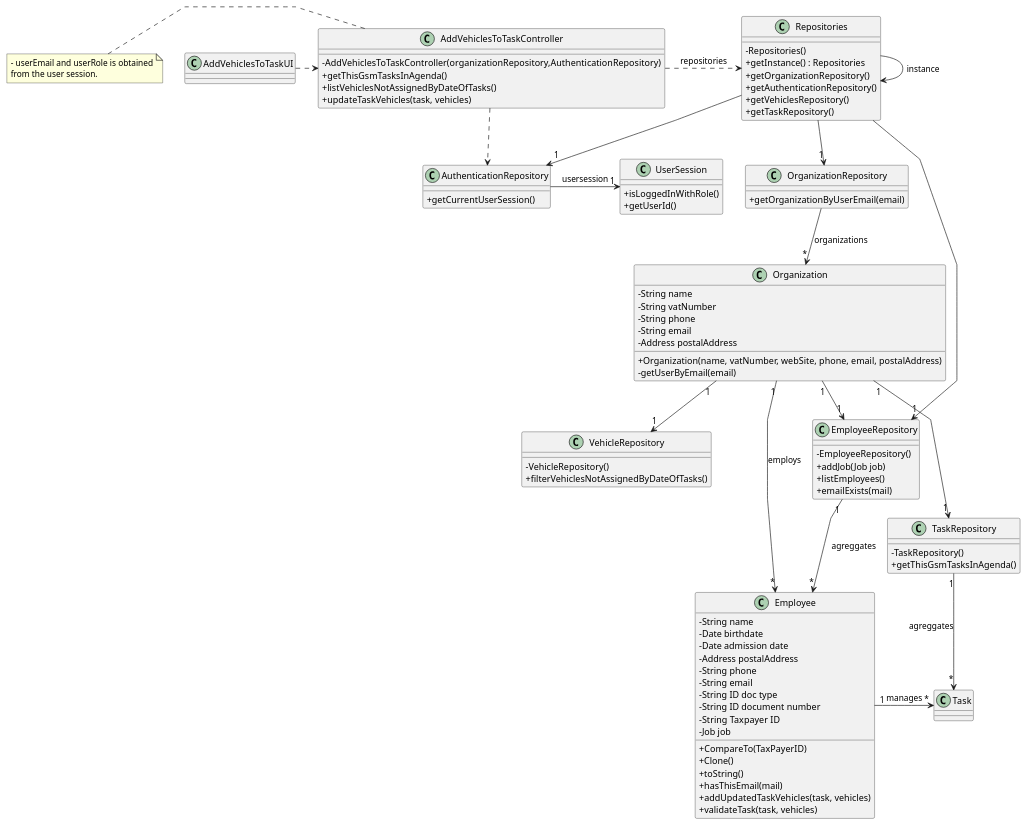
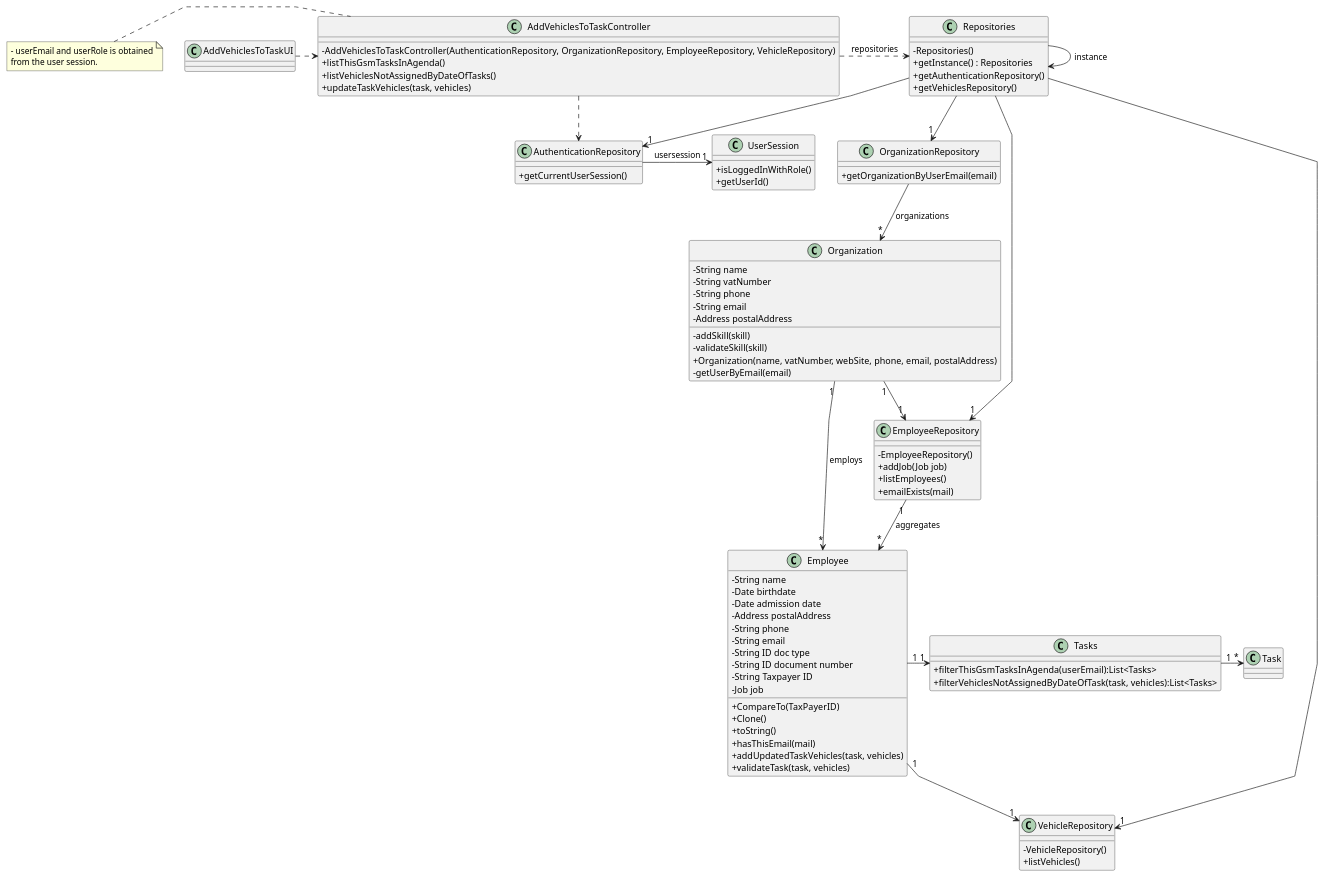
The diagram in docs/sprintC/us026/03.design/puml/us026-class-diagram.puml (Mendoncaa/LAPR2), drawn with PlantUML before and after one commit. The commit also changed 20 other files, not shown here.

```diff
--- a/docs/sprintC/us026/03.design/puml/us026-class-diagram.puml
+++ b/docs/sprintC/us026/03.design/puml/us026-class-diagram.puml
@@ -1,129 +1,133 @@
 @startuml
 'skinparam monochrome true
 skinparam packageStyle rectangle
 skinparam shadowing false
 skinparam linetype polyline
 'skinparam linetype orto
 
 skinparam classAttributeIconSize 0
 
 'left to right direction
 
 class AuthenticationRepository
 {
     + getCurrentUserSession()
 }
 
 class UserSession
 {
     + isLoggedInWithRole()
     + getUserId()
 }
 
+
+class Repositories {
+    - Repositories()
+    + getInstance() : Repositories
+    + getAuthenticationRepository()
+    + getVehiclesRepository()
+}
+
+class OrganizationRepository {
+    + getOrganizationByUserEmail(email)
+}
+
 class Organization {
     - String name
     - String vatNumber
     - String phone
     - String email
     - Address postalAddress
+    - addSkill(skill)
+    - validateSkill(skill)
     + Organization(name, vatNumber, webSite, phone, email, postalAddress)
     - getUserByEmail(email)
+
 }
 
-class OrganizationRepository {
-    + getOrganizationByUserEmail(email)
-}
-
-class Repositories {
-    - Repositories()
-    + getInstance() : Repositories
-    + getOrganizationRepository()
-    + getAuthenticationRepository()
-    + getVehiclesRepository()
-    + getTaskRepository()
-}
 class Employee {
     - String name
     - Date birthdate
     - Date admission date
     - Address postalAddress
     - String phone
     - String email
     - String ID doc type
     - String ID document number
     - String Taxpayer ID
     - Job job
     + CompareTo(TaxPayerID)
     + Clone()
     + toString()
     + hasThisEmail(mail)
     + addUpdatedTaskVehicles(task, vehicles)
     + validateTask(task, vehicles)
 }
 
 class EmployeeRepository{
     -EmployeeRepository()
     +addJob(Job job)
     +listEmployees()
     +emailExists(mail)
 }
 
 class VehicleRepository{
     -VehicleRepository()
-    +filterVehiclesNotAssignedByDateOfTasks()
+    +listVehicles()
+
 }
 
 class Task{}
 
+class Tasks{
+    +filterThisGsmTasksInAgenda(userEmail):List<Tasks>
+    +filterVehiclesNotAssignedByDateOfTask(task, vehicles):List<Tasks>
+}
 
-
-class TaskRepository{
-    -TaskRepository()
-    +getThisGsmTasksInAgenda()
- }
 
 
 class AddVehiclesToTaskController {
-    - AddVehiclesToTaskController(organizationRepository,AuthenticationRepository)
-    + getThisGsmTasksInAgenda()
+    - AddVehiclesToTaskController(AuthenticationRepository, OrganizationRepository, EmployeeRepository, VehicleRepository)
+    + listThisGsmTasksInAgenda()
     + listVehiclesNotAssignedByDateOfTasks()
     + updateTaskVehicles(task, vehicles)
 }
 
 note left of AddVehiclesToTaskController
     - userEmail and userRole is obtained
     from the user session.
 end note
 
 
 class AddVehiclesToTaskUI {
 }
 
 AddVehiclesToTaskUI .> AddVehiclesToTaskController
 
 AddVehiclesToTaskController .> Repositories : repositories
 AddVehiclesToTaskController.> AuthenticationRepository
 
 Repositories -> Repositories : instance
-Repositories --> "1" OrganizationRepository
 Repositories --> "1" AuthenticationRepository
 Repositories --> "1" EmployeeRepository
+Repositories --> "1" VehicleRepository
+Repositories --> "1" OrganizationRepository
+OrganizationRepository --> "*" Organization : organizations
+Organization "1" --> "1" EmployeeRepository
+Organization "1" --> "*" Employee : employs
 
 AuthenticationRepository -> "1" UserSession : usersession
 
-OrganizationRepository --> "*" Organization : organizations
-
-EmployeeRepository "1" --> "*" Employee : agreggates
-
-Organization "1" --> "*" Employee : employs
-Organization "1" --> "1" EmployeeRepository
-Organization "1" --> "1" VehicleRepository
-Organization "1" --> "1" TaskRepository
 
 
-Employee "1" -> "*" Task : manages
-TaskRepository "1" -> "*" Task : agreggates
+EmployeeRepository "1" --> "*" Employee : aggregates
+
+Employee "1" --> "1" VehicleRepository
+
+Employee "1" -> "1" Tasks
+Tasks "1" -> "*" Task
+
 
 
 
 @enduml
```
